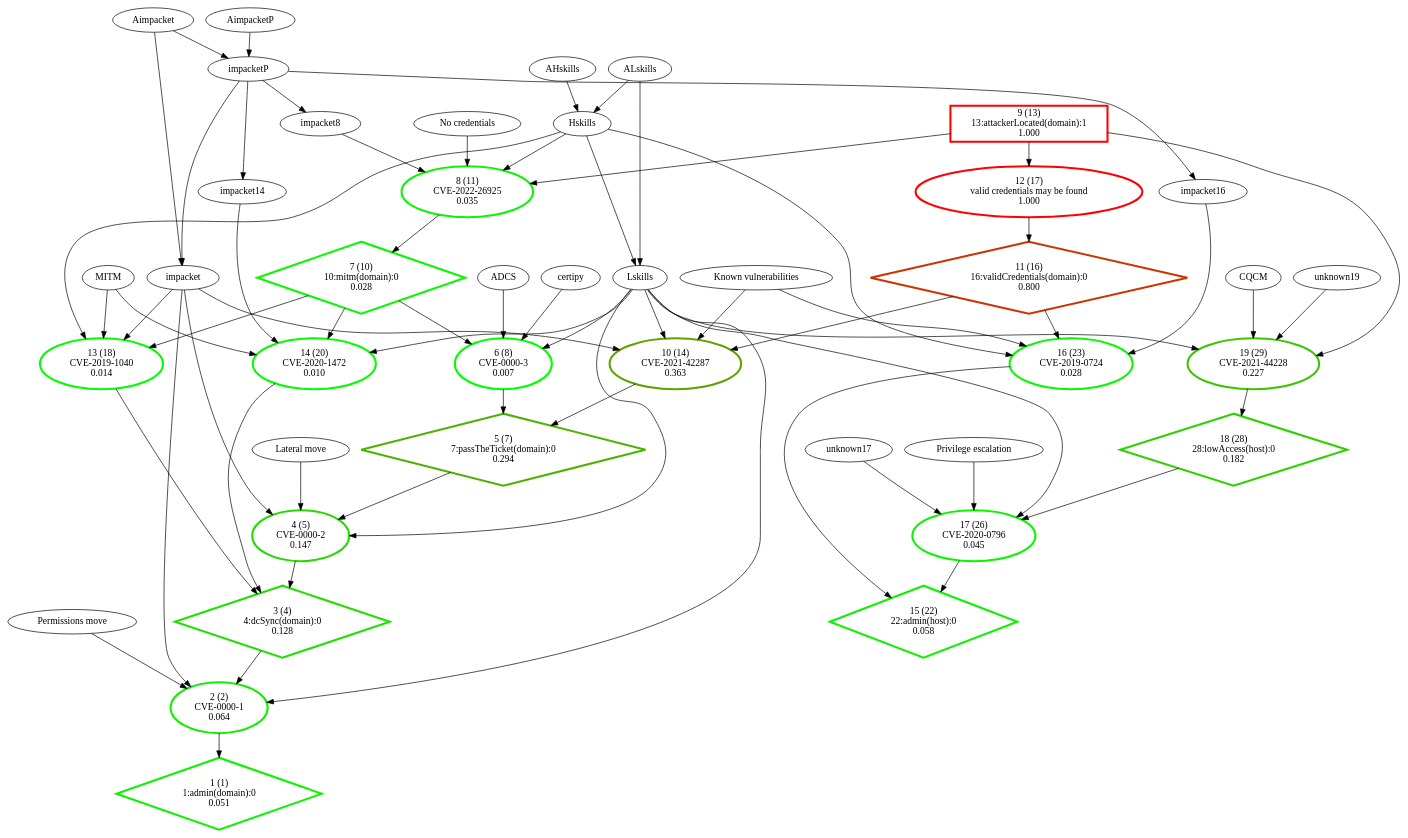
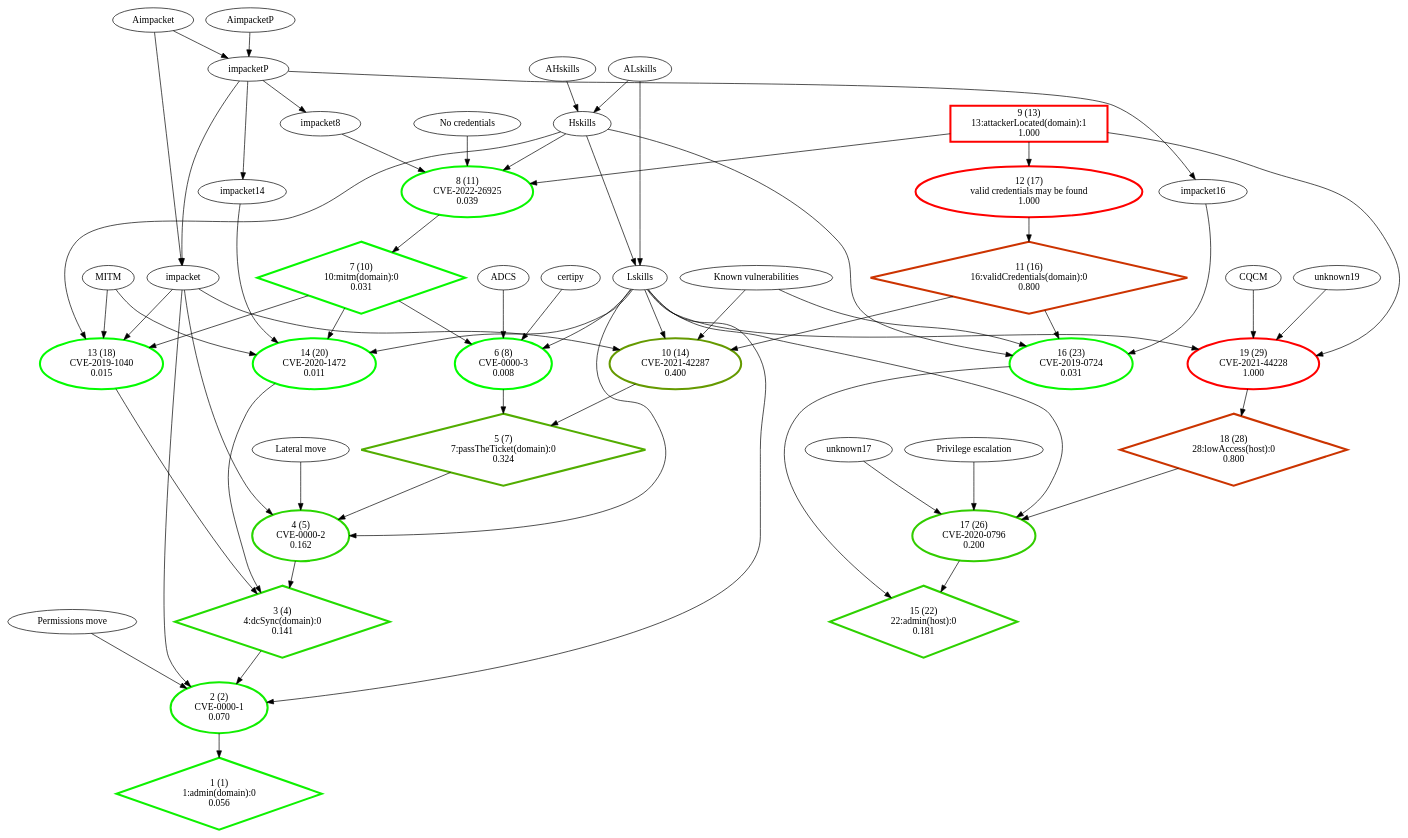
Before and after one commit to NathanaeldeLaChesnais/attacker_profiling_for_BAG_with_honeypots: the diagram in Personnal_simulations/output_selection/strongly_connected_components/ag-nocycles_colored.dot, drawn with Graphviz. The commit also changed 3 other files, not shown here.

```diff
--- a/Personnal_simulations/output_selection/strongly_connected_components/ag-nocycles_colored.dot
+++ b/Personnal_simulations/output_selection/strongly_connected_components/ag-nocycles_colored.dot
@@ -1,84 +1,84 @@
 digraph G {
-  1 [label="1 (1)\n1:admin(domain):0\n0.051", color="#0DF200", penwidth=3, shape="diamond"];
-  2 [label="2 (2)\nCVE-0000-1\n0.064", color="#10EF00", penwidth=3, shape="ellipse"];
-  3 [label="3 (4)\n4:dcSync(domain):0\n0.128", color="#20DF00", penwidth=3, shape="diamond"];
-  4 [label="4 (5)\nCVE-0000-2\n0.147", color="#25DA00", penwidth=3, shape="ellipse"];
-  5 [label="5 (7)\n7:passTheTicket(domain):0\n0.294", color="#4BB400", penwidth=3, shape="diamond"];
-  6 [label="6 (8)\nCVE-0000-3\n0.007", color="#01FE00", penwidth=3, shape="ellipse"];
-  7 [label="7 (10)\n10:mitm(domain):0\n0.028", color="#07F800", penwidth=3, shape="diamond"];
-  8 [label="8 (11)\nCVE-2022-26925\n0.035", color="#08F700", penwidth=3, shape="ellipse"];
-  9 [label="9 (13)\n13:attackerLocated(domain):1\n1.000", color="#FF0000", penwidth=3, shape="box"];
-  10 [label="10 (14)\nCVE-2021-42287\n0.363", color="#5CA300", penwidth=3, shape="ellipse"];
-  11 [label="11 (16)\n16:validCredentials(domain):0\n0.800", color="#CB3400", penwidth=3, shape="diamond"];
-  12 [label="12 (17)\nvalid credentials may be found\n1.000", color="#FF0000", penwidth=3, shape="ellipse"];
-  13 [label="13 (18)\nCVE-2019-1040\n0.014", color="#03FC00", penwidth=3, shape="ellipse"];
-  14 [label="14 (20)\nCVE-2020-1472\n0.010", color="#02FD00", penwidth=3, shape="ellipse"];
-  15 [label="15 (22)\n22:admin(host):0\n0.058", color="#0EF100", penwidth=3, shape="diamond"];
-  16 [label="16 (23)\nCVE-2019-0724\n0.028", color="#07F800", penwidth=3, shape="ellipse"];
-  17 [label="17 (26)\nCVE-2020-0796\n0.045", color="#0BF400", penwidth=3, shape="ellipse"];
-  18 [label="18 (28)\n28:lowAccess(host):0\n0.182", color="#2ED100", penwidth=3, shape="diamond"];
-  19 [label="19 (29)\nCVE-2021-44228\n0.227", color="#39C600", penwidth=3, shape="ellipse"];
+  1 [label="1 (1)\n1:admin(domain):0\n0.056", color="#0EF100", penwidth=3, shape="diamond"];
+  2 [label="2 (2)\nCVE-0000-1\n0.070", color="#11EE00", penwidth=3, shape="ellipse"];
+  3 [label="3 (4)\n4:dcSync(domain):0\n0.141", color="#23DC00", penwidth=3, shape="diamond"];
+  4 [label="4 (5)\nCVE-0000-2\n0.162", color="#29D600", penwidth=3, shape="ellipse"];
+  5 [label="5 (7)\n7:passTheTicket(domain):0\n0.324", color="#52AD00", penwidth=3, shape="diamond"];
+  6 [label="6 (8)\nCVE-0000-3\n0.008", color="#01FE00", penwidth=3, shape="ellipse"];
+  7 [label="7 (10)\n10:mitm(domain):0\n0.031", color="#07F800", penwidth=3, shape="diamond"];
+  8 [label="8 (11)\nCVE-2022-26925\n0.039", color="#09F600", penwidth=3, shape="ellipse"];
+  9 [label="9 (13)\n13:attackerLocated(domain):1\n1.000", color="#FE0100", penwidth=3, shape="box"];
+  10 [label="10 (14)\nCVE-2021-42287\n0.400", color="#659A00", penwidth=3, shape="ellipse"];
+  11 [label="11 (16)\n16:validCredentials(domain):0\n0.800", color="#CC3300", penwidth=3, shape="diamond"];
+  12 [label="12 (17)\nvalid credentials may be found\n1.000", color="#FE0100", penwidth=3, shape="ellipse"];
+  13 [label="13 (18)\nCVE-2019-1040\n0.015", color="#03FC00", penwidth=3, shape="ellipse"];
+  14 [label="14 (20)\nCVE-2020-1472\n0.011", color="#02FD00", penwidth=3, shape="ellipse"];
+  15 [label="15 (22)\n22:admin(host):0\n0.181", color="#2ED100", penwidth=3, shape="diamond"];
+  16 [label="16 (23)\nCVE-2019-0724\n0.031", color="#07F800", penwidth=3, shape="ellipse"];
+  17 [label="17 (26)\nCVE-2020-0796\n0.200", color="#32CD00", penwidth=3, shape="ellipse"];
+  18 [label="18 (28)\n28:lowAccess(host):0\n0.800", color="#CB3400", penwidth=3, shape="diamond"];
+  19 [label="19 (29)\nCVE-2021-44228\n1.000", color="#FF0000", penwidth=3, shape="ellipse"];
   "9" -> "8";
   "9" -> "12";
   "9" -> "19";
   "8" -> "7";
   "7" -> "6";
   "7" -> "13";
   "7" -> "14";
   "6" -> "5";
   "5" -> "4";
   "12" -> "11";
   "11" -> "10";
   "11" -> "16";
   "10" -> "5";
   "4" -> "3";
   "3" -> "2";
   "13" -> "3";
   "14" -> "3";
   "2" -> "1";
   "16" -> "15";
   "19" -> "18";
   "18" -> "17";
   "17" -> "15";
   "ALskills" -> "Lskills";
   "ALskills" -> "Hskills";
   "Lskills" -> "2";
   "Lskills" -> "4";
   "Lskills" -> "6";
   "Lskills" -> "10";
   "Lskills" -> "14";
   "Lskills" -> "17";
   "Lskills" -> "19";
   "Hskills" -> "Lskills";
   "Hskills" -> "8";
   "Hskills" -> "13";
   "Hskills" -> "16";
   "AHskills" -> "Hskills";
   "Aimpacket" -> "impacketP";
   "Aimpacket" -> "impacket";
   "impacketP" -> "impacket";
   "impacketP" -> "impacket8";
   "impacketP" -> "impacket14";
   "impacketP" -> "impacket16";
   "impacket" -> "2";
   "impacket" -> "4";
   "impacket" -> "10";
   "impacket" -> "13";
   "AimpacketP" -> "impacketP";
   "Permissions move" -> "2";
   "Lateral move" -> "4";
   "certipy" -> "6";
   "ADCS" -> "6";
   "impacket8" -> "8";
   "No credentials" -> "8";
   "Known vulnerabilities" -> "10";
   "Known vulnerabilities" -> "16";
   "MITM" -> "13";
   "MITM" -> "14";
   "impacket14" -> "14";
   "impacket16" -> "16";
   "unknown17" -> "17";
   "Privilege escalation" -> "17";
   "unknown19" -> "19";
   "CQCM" -> "19";
 }
```
